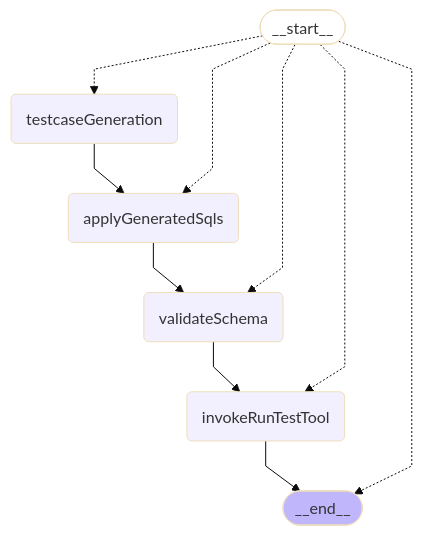
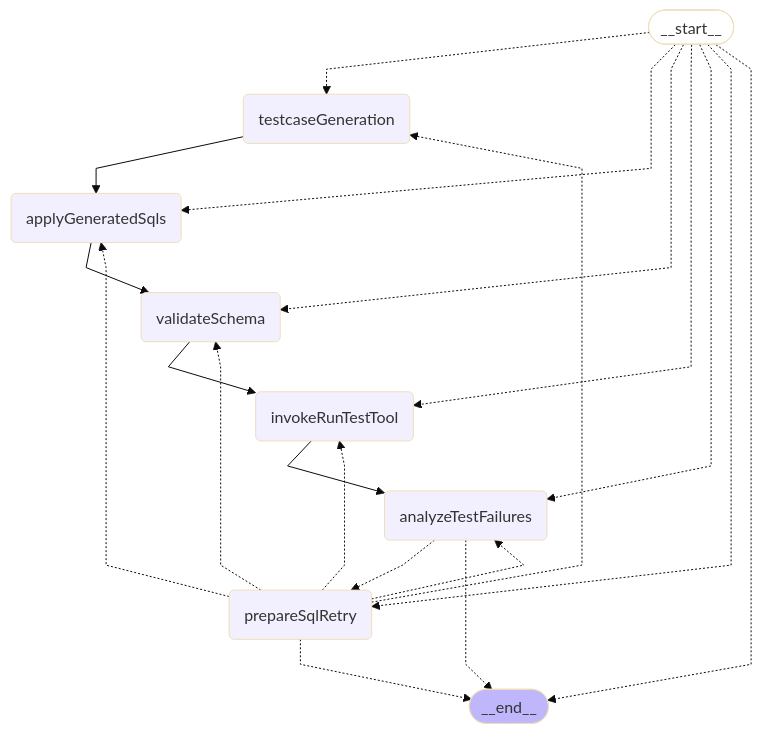
Before and after one commit to yzkee/liam: the fifth of 6 diagrams in frontend/internal-packages/agent/README.md, drawn with Mermaid (base theme). The commit also changed other lines of this file and 1 other file, not shown here.

First line of the commit message:
feat(qa-agent): enhance agent graph with new nodes for failure analysis and SQL retry

````diff
--- a/frontend/internal-packages/agent/README.md
+++ b/frontend/internal-packages/agent/README.md
@@ -233,22 +233,34 @@
 ```mermaid
 %%{init: {'flowchart': {'curve': 'linear'}}}%%
 graph TD;
 	__start__([<p>__start__</p>]):::first
 	testcaseGeneration(testcaseGeneration)
 	applyGeneratedSqls(applyGeneratedSqls)
 	validateSchema(validateSchema)
 	invokeRunTestTool(invokeRunTestTool)
+	analyzeTestFailures(analyzeTestFailures)
+	prepareSqlRetry(prepareSqlRetry)
 	__end__([<p>__end__</p>]):::last
 	applyGeneratedSqls --> validateSchema;
-	invokeRunTestTool --> __end__;
+	invokeRunTestTool --> analyzeTestFailures;
 	testcaseGeneration --> applyGeneratedSqls;
 	validateSchema --> invokeRunTestTool;
 	__start__ -.-> testcaseGeneration;
 	__start__ -.-> applyGeneratedSqls;
 	__start__ -.-> validateSchema;
 	__start__ -.-> invokeRunTestTool;
+	__start__ -.-> analyzeTestFailures;
+	__start__ -.-> prepareSqlRetry;
 	__start__ -.-> __end__;
+	analyzeTestFailures -.-> prepareSqlRetry;
+	analyzeTestFailures -.-> __end__;
+	prepareSqlRetry -.-> testcaseGeneration;
+	prepareSqlRetry -.-> applyGeneratedSqls;
+	prepareSqlRetry -.-> validateSchema;
+	prepareSqlRetry -.-> invokeRunTestTool;
+	prepareSqlRetry -.-> analyzeTestFailures;
+	prepareSqlRetry -.-> __end__;
 	classDef default fill:#f2f0ff,line-height:1.2;
 	classDef first fill-opacity:0;
 	classDef last fill:#bfb6fc;
 ```
````
